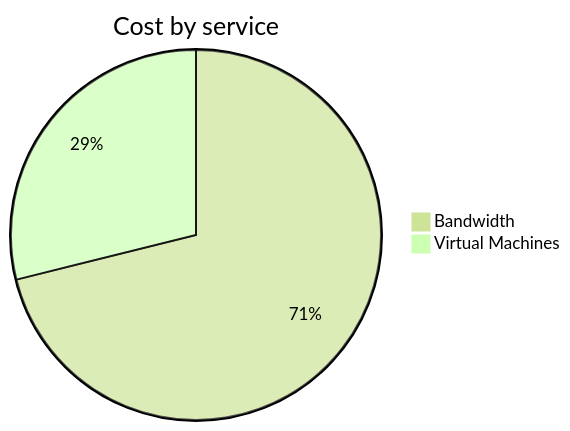
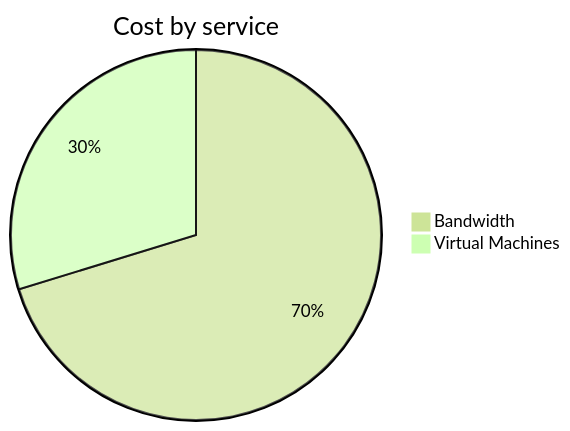
One commit to jpfulton/azure-personal-reports changed the second of 4 diagrams in cost-reports/personal-network/vpn-server.md. Above: the diagram before and after it, drawn with Mermaid (forest theme). The commit also changed other lines of this file and 8 other files, not shown here.

````diff
--- a/cost-reports/personal-network/vpn-server.md
+++ b/cost-reports/personal-network/vpn-server.md
@@ -92,6 +92,6 @@
 ```mermaid
 pie
    title Cost by service
-   "Bandwidth" : 9.63
-   "Virtual Machines" : 3.91
+   "Bandwidth" : 9.64
+   "Virtual Machines" : 4.08
 ```
````
